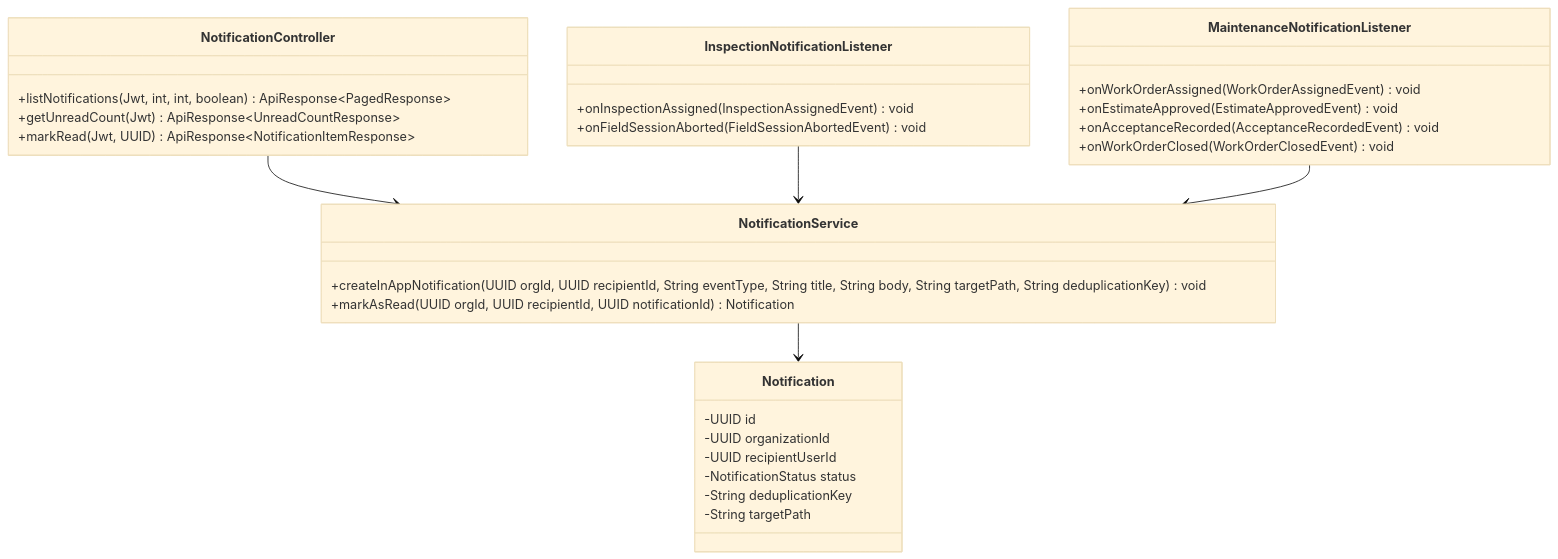
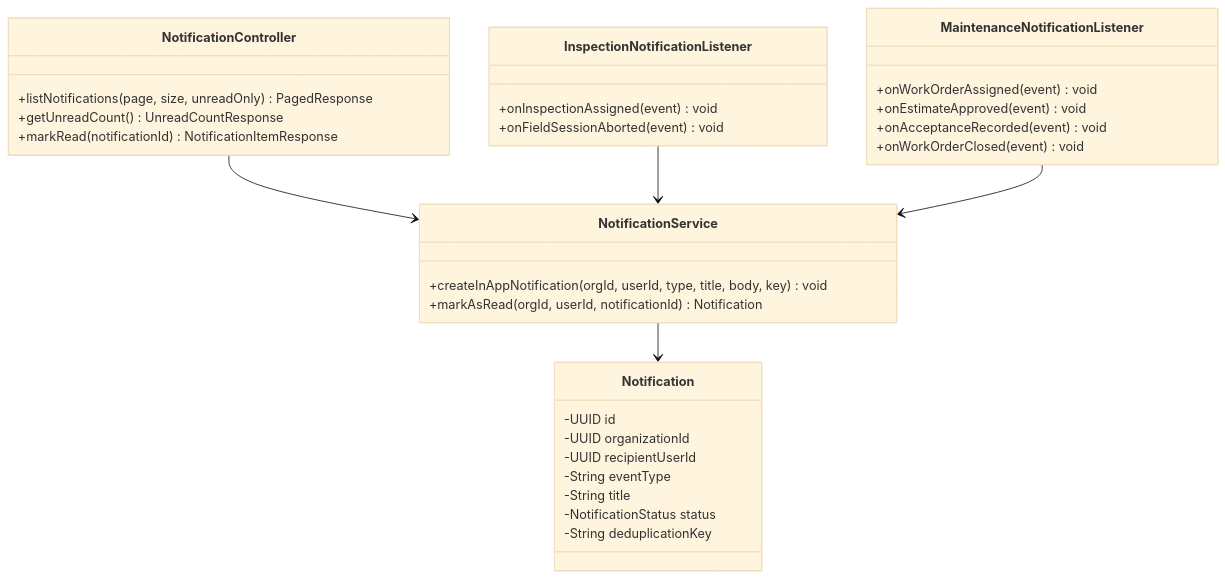
Before and after one commit to tungbach12/SmartDroneInspection-Docs: the seventh of 23 diagrams in reports/report-4-software-design-document/03-detailed-design.md, drawn with Mermaid (base theme). The commit also changed other lines of this file and 206 other files, not shown here.

First line of the commit message:
docs(reports): synchronize Report 1-5 changes, update diagrams, and clean exports

````diff
--- a/reports/report-4-software-design-document/03-detailed-design.md
+++ b/reports/report-4-software-design-document/03-detailed-design.md
@@ -351,35 +299,36 @@
 ```mermaid
-%% title: Notification Inbox and Event Listeners Class Diagram
+%% title: FE-03 Recurring Occurrences and Notification Inbox Class Diagram
 classDiagram
   class NotificationController {
-    +listNotifications(Jwt, int, int, boolean) ApiResponse~PagedResponse~
-    +getUnreadCount(Jwt) ApiResponse~UnreadCountResponse~
-    +markRead(Jwt, UUID) ApiResponse~NotificationItemResponse~
+    +listNotifications(page, size, unreadOnly) PagedResponse
+    +getUnreadCount() UnreadCountResponse
+    +markRead(notificationId) NotificationItemResponse
   }
   class NotificationService {
-    +createInAppNotification(UUID orgId, UUID recipientId, String eventType, String title, String body, String targetPath, String deduplicationKey) void
-    +markAsRead(UUID orgId, UUID recipientId, UUID notificationId) Notification
+    +createInAppNotification(orgId, userId, type, title, body, key) void
+    +markAsRead(orgId, userId, notificationId) Notification
   }
   class InspectionNotificationListener {
-    +onInspectionAssigned(InspectionAssignedEvent) void
-    +onFieldSessionAborted(FieldSessionAbortedEvent) void
+    +onInspectionAssigned(event) void
+    +onFieldSessionAborted(event) void
   }
   class MaintenanceNotificationListener {
-    +onWorkOrderAssigned(WorkOrderAssignedEvent) void
-    +onEstimateApproved(EstimateApprovedEvent) void
-    +onAcceptanceRecorded(AcceptanceRecordedEvent) void
-    +onWorkOrderClosed(WorkOrderClosedEvent) void
+    +onWorkOrderAssigned(event) void
+    +onEstimateApproved(event) void
+    +onAcceptanceRecorded(event) void
+    +onWorkOrderClosed(event) void
   }
   class Notification {
     -UUID id
     -UUID organizationId
     -UUID recipientUserId
+    -String eventType
+    -String title
     -NotificationStatus status
     -String deduplicationKey
-    -String targetPath
   }
   NotificationController --> NotificationService
   InspectionNotificationListener --> NotificationService
   MaintenanceNotificationListener --> NotificationService
   NotificationService --> Notification
 ```
````
